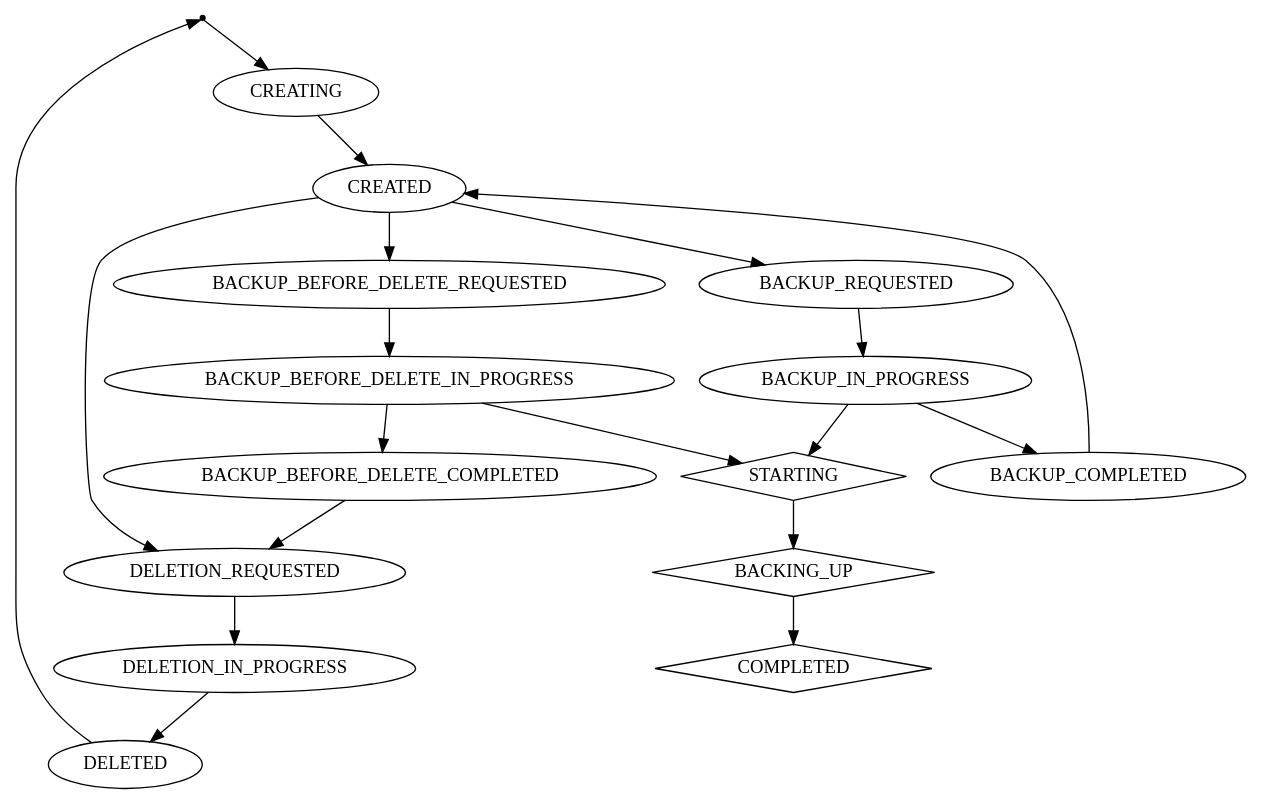
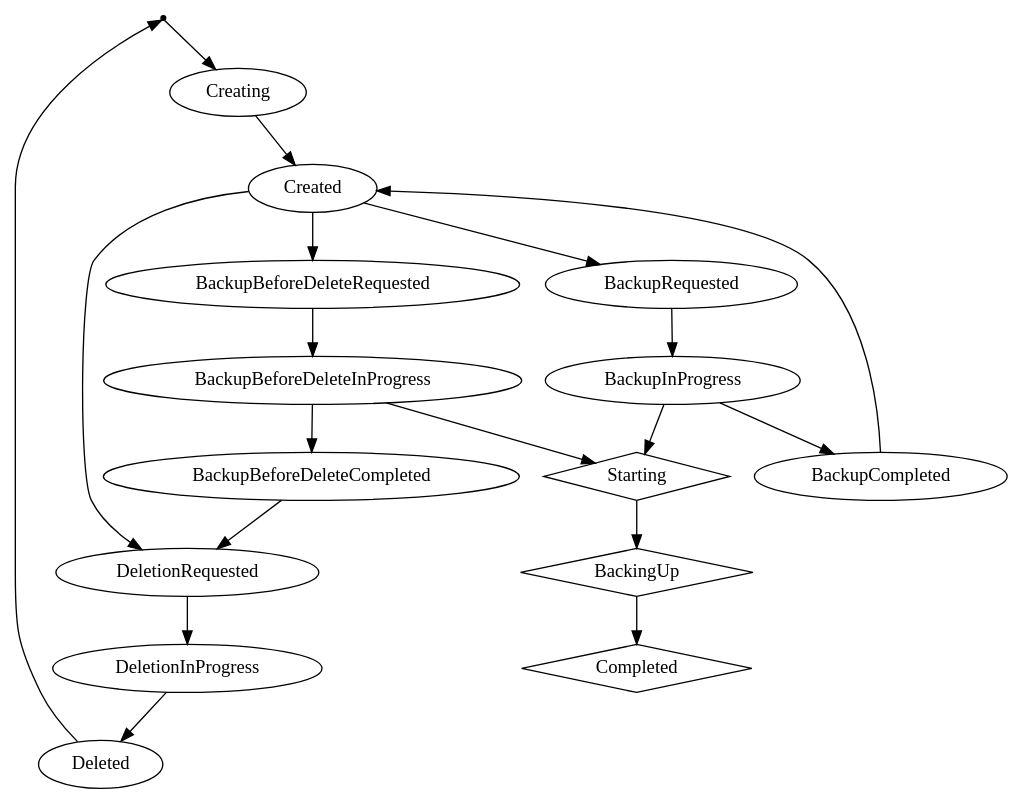
Before and after one commit to isotoma/db-operator: the diagram in doc/state.dot, drawn with Graphviz. The commit also changed 16 other files, not shown here.

```diff
--- a/doc/state.dot
+++ b/doc/state.dot
@@ -1,26 +1,26 @@
 digraph {
   {
     GONE [shape=point]
-    STARTING [shape=diamond]
-    BACKING_UP [shape=diamond]
-    COMPLETED [shape=diamond]
+    Starting [shape=diamond]
+    BackingUp [shape=diamond]
+    Completed [shape=diamond]
   }
-    GONE -> CREATING;
-    CREATING -> CREATED;
-    CREATED -> BACKUP_REQUESTED;
-    BACKUP_REQUESTED -> BACKUP_IN_PROGRESS;
-    BACKUP_IN_PROGRESS -> STARTING;
-    BACKUP_IN_PROGRESS -> BACKUP_COMPLETED;
-    BACKUP_COMPLETED -> CREATED;
-    CREATED -> DELETION_REQUESTED;
-    DELETION_REQUESTED -> DELETION_IN_PROGRESS;
-    DELETION_IN_PROGRESS -> DELETED;
-    DELETED -> GONE;
-    CREATED -> BACKUP_BEFORE_DELETE_REQUESTED;
-    BACKUP_BEFORE_DELETE_REQUESTED -> BACKUP_BEFORE_DELETE_IN_PROGRESS;
-    BACKUP_BEFORE_DELETE_IN_PROGRESS -> BACKUP_BEFORE_DELETE_COMPLETED;
-    BACKUP_BEFORE_DELETE_IN_PROGRESS -> STARTING;
-    BACKUP_BEFORE_DELETE_COMPLETED -> DELETION_REQUESTED;
-    STARTING -> BACKING_UP;
-    BACKING_UP -> COMPLETED;
+    GONE -> Creating;
+    Creating -> Created;
+    Created -> BackupRequested;
+    BackupRequested -> BackupInProgress;
+    BackupInProgress -> Starting;
+    BackupInProgress -> BackupCompleted;
+    BackupCompleted -> Created;
+    Created -> DeletionRequested;
+    DeletionRequested -> DeletionInProgress;
+    DeletionInProgress -> Deleted;
+    Deleted -> GONE;
+    Created -> BackupBeforeDeleteRequested;
+    BackupBeforeDeleteRequested -> BackupBeforeDeleteInProgress;
+    BackupBeforeDeleteInProgress -> BackupBeforeDeleteCompleted;
+    BackupBeforeDeleteInProgress -> Starting;
+    BackupBeforeDeleteCompleted -> DeletionRequested;
+    Starting -> BackingUp;
+    BackingUp -> Completed;
 }
```
